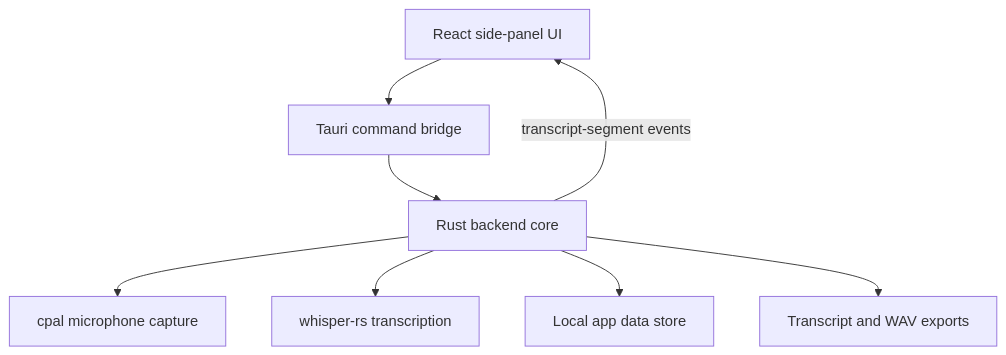
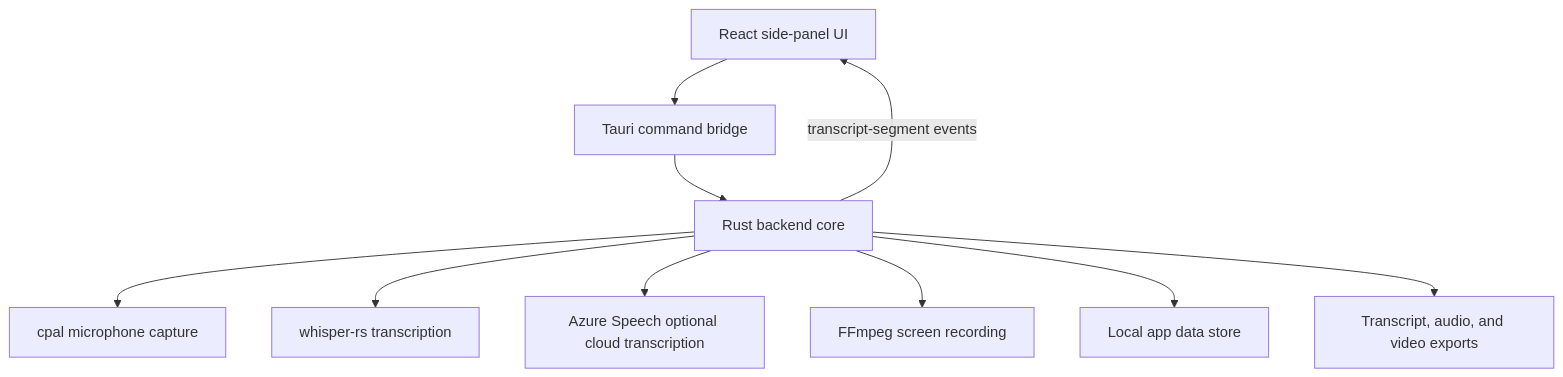
One commit to kimtth/craft-meetily-lite changed the first of 2 diagrams in Architecture.md. Above: the diagram before and after it, drawn with Mermaid. The commit also changed other lines of this file and 20 other files, not shown here.

````diff
--- a/Architecture.md
+++ b/Architecture.md
@@ -43,18 +40,22 @@
 ```mermaid
 flowchart TD
 	UI[React side-panel UI]
 	Tauri[Tauri command bridge]
 	Rust[Rust backend core]
 	Audio[cpal microphone capture]
 	Whisper[whisper-rs transcription]
+	Azure[Azure Speech optional cloud transcription]
+	Screen[FFmpeg screen recording]
 	Store[Local app data store]
-	Exports[Transcript and WAV exports]
+	Exports[Transcript, audio, and video exports]
 
 	UI --> Tauri
 	Tauri --> Rust
 	Rust --> Audio
 	Rust --> Whisper
+	Rust --> Azure
+	Rust --> Screen
 	Rust --> Store
 	Rust --> Exports
 	Rust -- transcript-segment events --> UI
 ```
````
